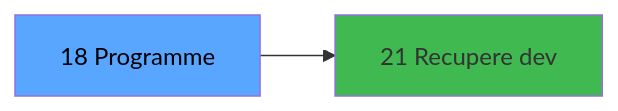
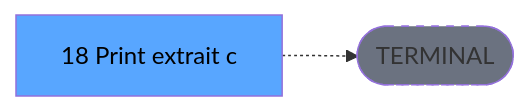
One commit to thonyAGP/lecteur-magic changed the third of 3 diagrams in .openspec/renders/ADH-IDE-18.md. Above: the diagram before and after it, drawn with Mermaid. The commit also changed other lines of this file and 701 other files, not shown here.

````diff
--- a/.openspec/renders/ADH-IDE-18.md
+++ b/.openspec/renders/ADH-IDE-18.md
@@ -129,8 +136,8 @@
 ```mermaid
 graph LR
-    T[18 Programme]
-    C21[21 Recupere dev]
-    T --> C21
+    T[18 Print extrait c]
+    TERM([TERMINAL])
+    T -.-> TERM
+    style TERM fill:#6b7280,stroke-dasharray: 5 5
     style T fill:#58a6ff,color:#000
-    style C21 fill:#3fb950
 ```
````
